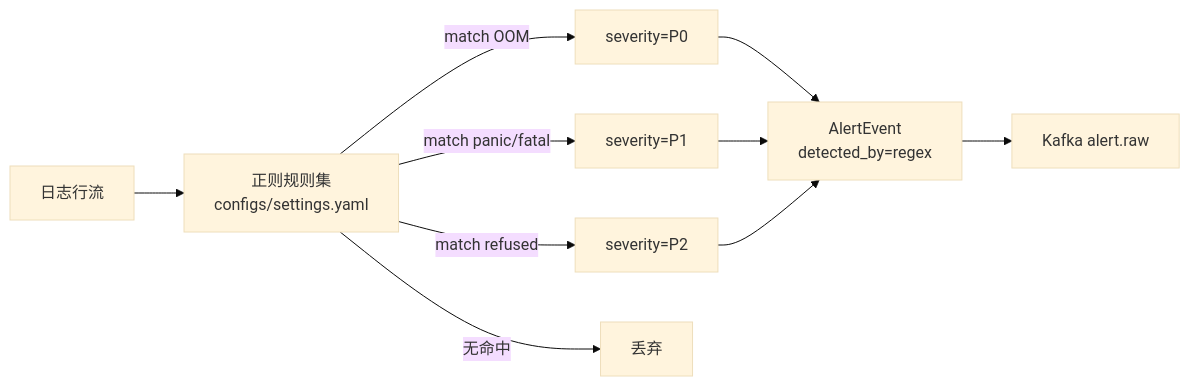
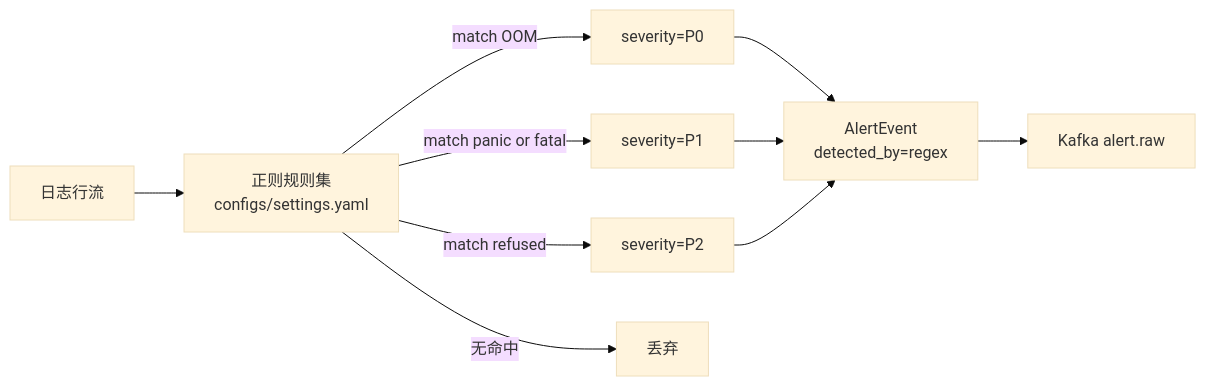
One commit to AlisLi/AIOps-Agent changed the sixth of 11 diagrams in SYSTEM_DESIGN.md. Above: the diagram before and after it, drawn with Mermaid (base theme). The commit also changed other lines of this file, not shown here.

````diff
--- a/SYSTEM_DESIGN.md
+++ b/SYSTEM_DESIGN.md
@@ -292,12 +292,12 @@
 ```mermaid
 flowchart LR
-    L[日志行流] --> P[正则规则集<br/>configs/settings.yaml]
-    P -->|match panic/fatal| E1[severity=P1]
-    P -->|match OOM| E0[severity=P0]
-    P -->|match refused| E2[severity=P2]
-    P -->|无命中| D[丢弃]
-    E0 --> AL[AlertEvent<br/>detected_by=regex]
+    L["日志行流"] --> P["正则规则集<br/>configs/settings.yaml"]
+    P -->|"match panic or fatal"| E1["severity=P1"]
+    P -->|"match OOM"| E0["severity=P0"]
+    P -->|"match refused"| E2["severity=P2"]
+    P -->|"无命中"| D["丢弃"]
+    E0 --> AL["AlertEvent<br/>detected_by=regex"]
     E1 --> AL
     E2 --> AL
-    AL --> K[Kafka alert.raw]
+    AL --> K["Kafka alert.raw"]
 ```
````
